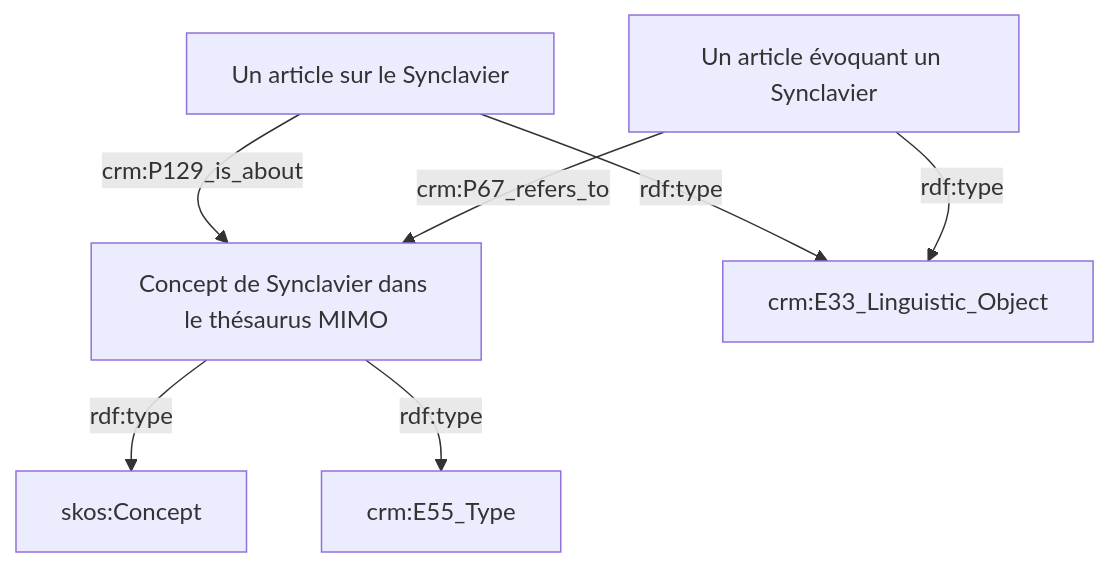
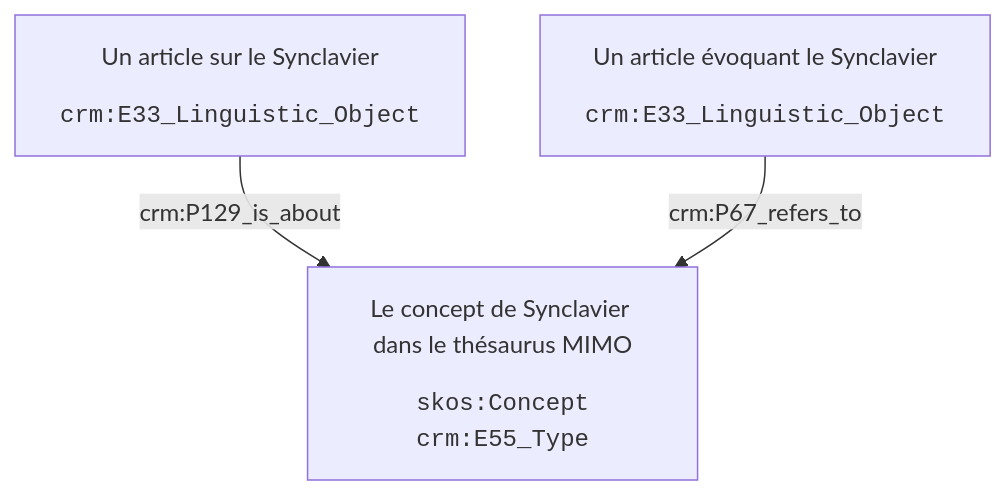
Before and after one commit to sherlock-iremus/sherlock: the diagram in sherlock_model_indexing.md, drawn with Mermaid. The commit also changed other lines of this file, not shown here.

````diff
--- a/sherlock_model_indexing.md
+++ b/sherlock_model_indexing.md
@@ -14,20 +14,21 @@
 ```mermaid
     flowchart TB
 
-    A[Un article sur le Synclavier]
+    A[Un article sur le Synclavier
+    <div style="font-family: monospace; margin-top: 1em;">crm:E33_Linguistic_Object</div>
+    ]
     click A "https://fr.wikipedia.org/wiki/Synclavier"
 
-    B[Un article évoquant un Synclavier]
+    B[Un article évoquant le Synclavier
+    <div style="font-family: monospace; margin-top: 1em;">crm:E33_Linguistic_Object</div>
+    ]
     click B "https://www.soundonsound.com/people/mark-snow-scoring-x-files"
     
-    C[Concept de Synclavier dans le thésaurus MIMO]
+    C[Le concept de Synclavier dans le thésaurus MIMO
+    <div style="font-family: monospace; margin-top: 1em;">skos:Concept<br>crm:E55_Type</div>
+    ]
     click C "https://vocabulary.mimo-international.com/InstrumentsKeywords/fr/page/2320"
-
-    A -->|rdf:type| crm:E33_Linguistic_Object
-    B -->|rdf:type| crm:E33_Linguistic_Object
-    C -->|rdf:type| skos:Concept
-    C -->|rdf:type| crm:E55_Type
-    
+   
     A -->|crm:P129_is_about| C
     B -->|crm:P67_refers_to| C
 ```
````
